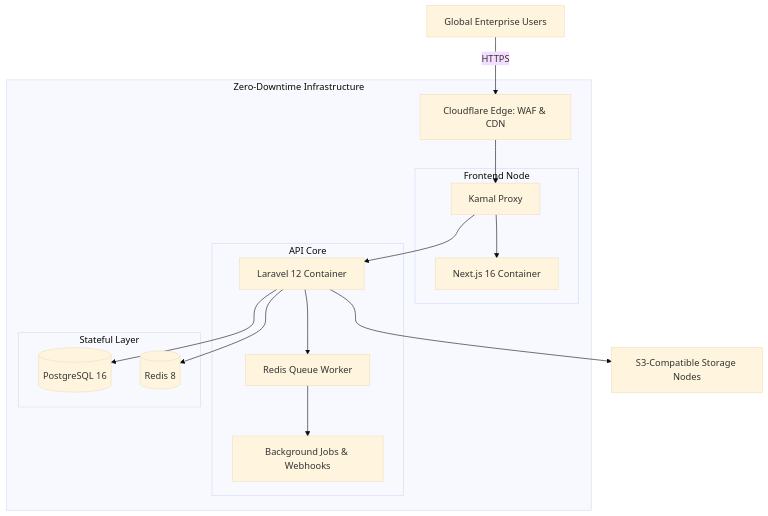
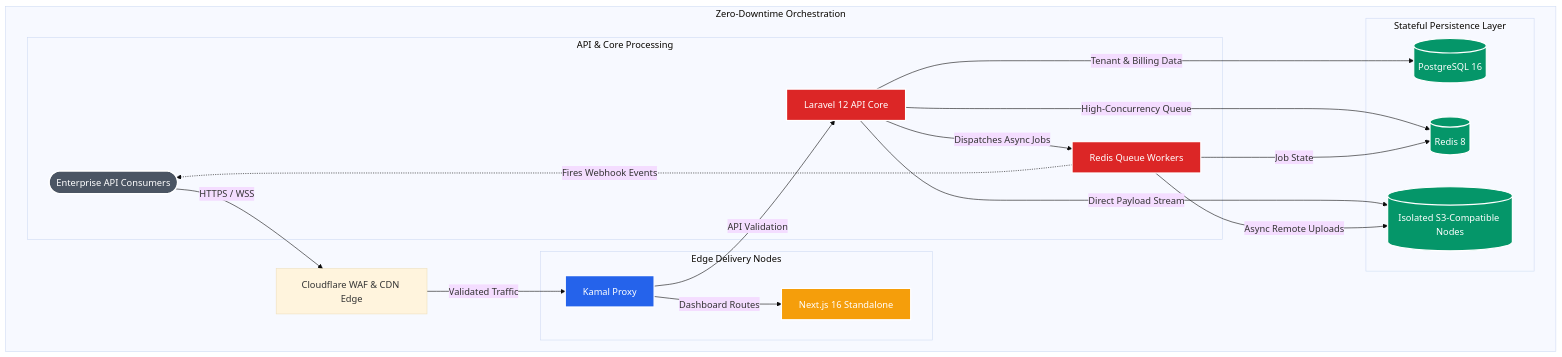
One commit to 4kamruzzaman/r2upload-architecture changed the diagram in README.md. Above: the diagram before and after it, drawn with Mermaid (base theme).

Commit message:
Update infrastructure topology diagram in README

````diff
--- a/README.md
+++ b/README.md
@@ -15,25 +15,38 @@
 ```mermaid
 graph TD
-    Client[Global Enterprise Users] -->|HTTPS| CF[Cloudflare Edge: WAF & CDN]
+    Client([Enterprise API Consumers]) -->|HTTPS / WSS| CF[Cloudflare WAF & CDN Edge]
     
-    subgraph BizSafer Global Server [Zero-Downtime Infrastructure]
-        CF --> Proxy[Kamal Proxy]
+    subgraph Zero-Downtime Orchestration
+        CF -->|Validated Traffic| Proxy[Kamal Proxy]
         
-        subgraph Frontend Node
-            Proxy --> Web[Next.js 16 Container]
+        subgraph Edge Delivery Nodes
+            Proxy -->|Dashboard Routes| NextJS[Next.js 16 Standalone]
         end
         
-        subgraph API Core
-            Proxy --> API[Laravel 12 Container]
-            API --> Worker[Redis Queue Worker]
-            Worker --> Jobs[Background Jobs & Webhooks]
+        subgraph API & Core Processing
+            Proxy -->|API Validation| Laravel[Laravel 12 API Core]
+            Laravel -->|Dispatches Async Jobs| Worker[Redis Queue Workers]
+            Worker -.->|Fires Webhook Events| Client
         end
         
-        subgraph Stateful Layer
-            API --> DB[(PostgreSQL 16)]
-            API --> Cache[(Redis 8)]
+        subgraph Stateful Persistence Layer
+            Laravel -->|Tenant & Billing Data| PG[(PostgreSQL 16)]
+            Laravel -->|High-Concurrency Queue| Redis[(Redis 8)]
+            Worker -->|Job State| Redis
+            Laravel -->|Direct Payload Stream| S3[(Isolated S3-Compatible Nodes)]
+            Worker -->|Async Remote Uploads| S3
         end
     end
     
-    API --> S3[S3-Compatible Storage Nodes]
+    classDef proxy fill:#2563eb,stroke:#fff,stroke-width:2px,color:#fff
+    classDef edge fill:#f59e0b,stroke:#fff,stroke-width:2px,color:#fff
+    classDef core fill:#dc2626,stroke:#fff,stroke-width:2px,color:#fff
+    classDef data fill:#059669,stroke:#fff,stroke-width:2px,color:#fff
+    classDef external fill:#4b5563,stroke:#fff,stroke-width:2px,color:#fff
+    
+    class Proxy proxy
+    class NextJS edge
+    class Laravel,Worker core
+    class PG,Redis,S3 data
+    class Client external
 ```
````
